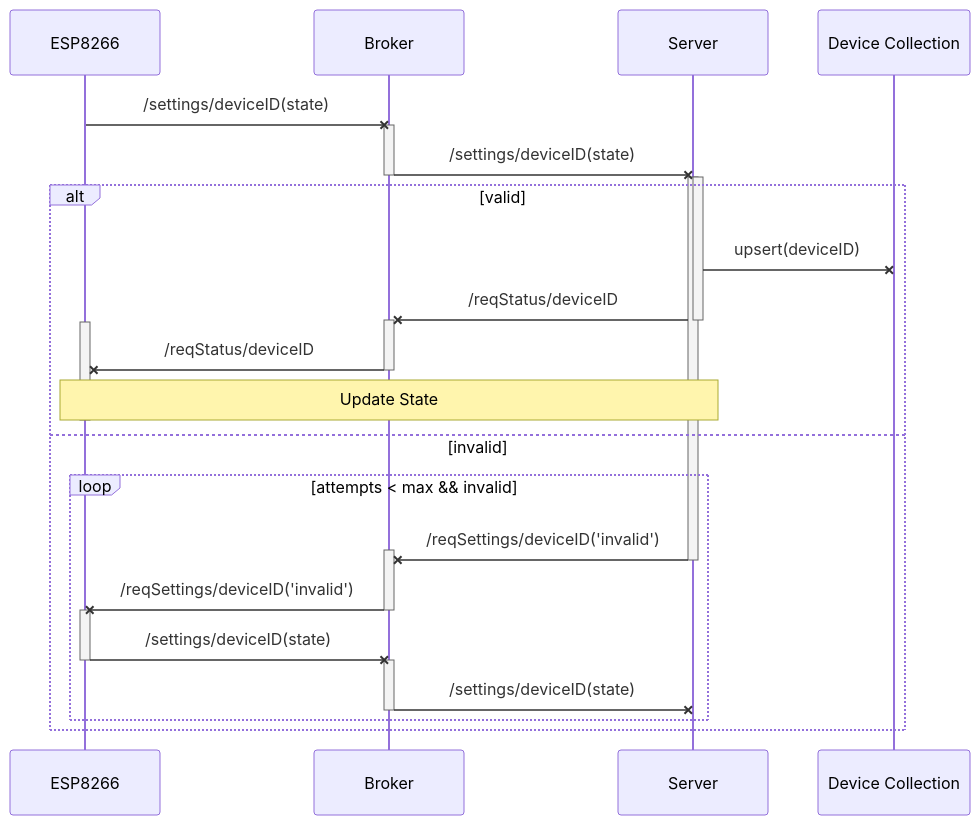
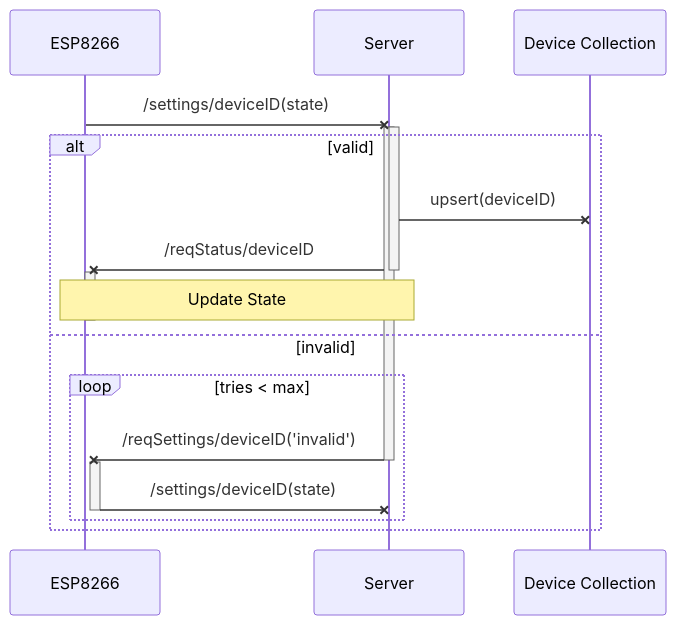
Before and after one commit to handsofblue67/home-js: the first of 3 diagrams in handshake-protocol.md, drawn with Mermaid. The commit also changed other lines of this file and 1 other file, not shown here.

Commit message:
more spec documentation

````diff
--- a/handshake-protocol.md
+++ b/handshake-protocol.md
@@ -6,30 +6,22 @@
 ```{mermaid}
 sequenceDiagram
-  ESP8266-xBroker:/settings/deviceID(state)
-  activate Broker
-  Broker-xServer:/settings/deviceID(state)
-  deactivate Broker
+  ESP8266-xServer:/settings/deviceID(state)
   activate Server
   activate Server
   alt valid
     Server-xDevice Collection: upsert(deviceID)
-    Server-x+Broker:/reqStatus/deviceID
+    Server-x+ESP8266:/reqStatus/deviceID
     deactivate Server
     activate ESP8266
-    Broker-x-ESP8266:/reqStatus/deviceID
     Note over ESP8266, Server: Update State
     deactivate ESP8266
   else invalid
-    loop attempts < max && invalid
-      Server-x+Broker:/reqSettings/deviceID('invalid')
+    loop tries < max
+      Server-x+ESP8266:/reqSettings/deviceID('invalid')
       deactivate Server
-      Broker-x-ESP8266:/reqSettings/deviceID('invalid')
       activate ESP8266
-      ESP8266-xBroker:/settings/deviceID(state)
+      ESP8266-xServer:/settings/deviceID(state)
       deactivate ESP8266
-      activate Broker
-      Broker-xServer:/settings/deviceID(state)
-      deactivate Broker
     end
   end
 ```
````
